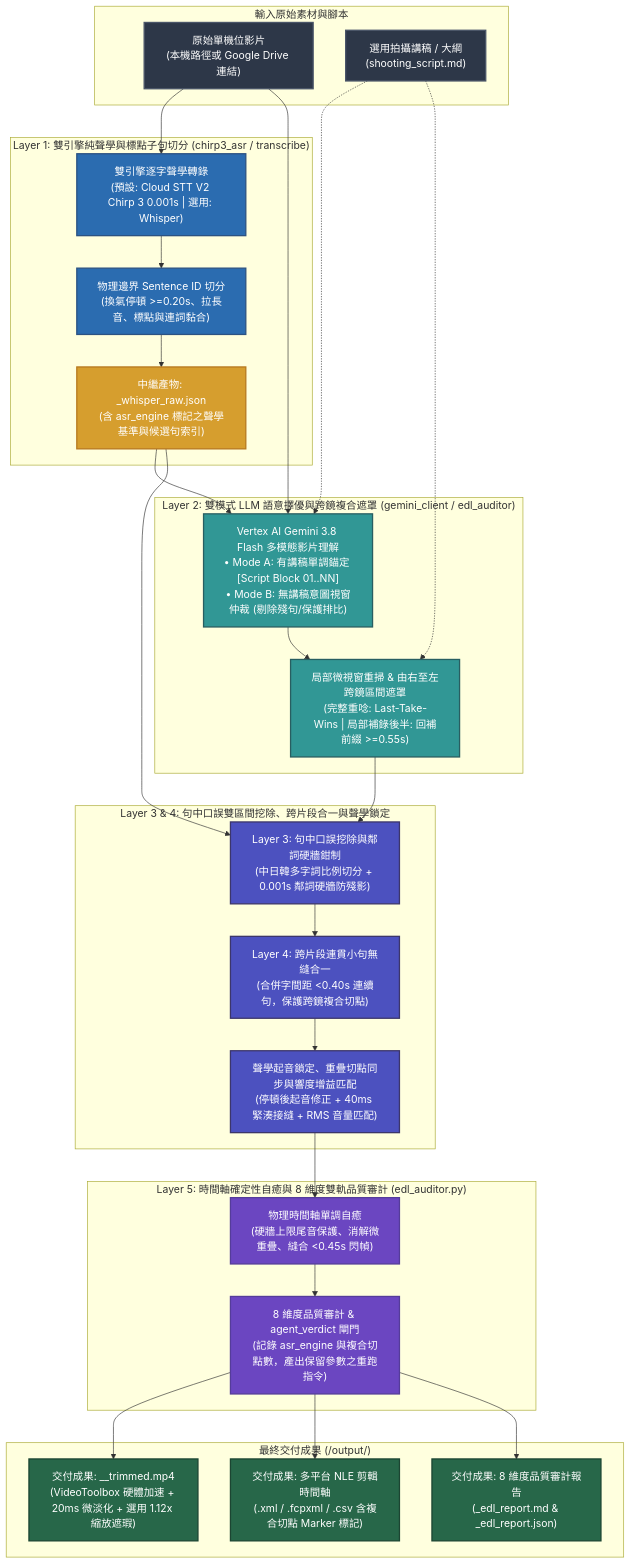
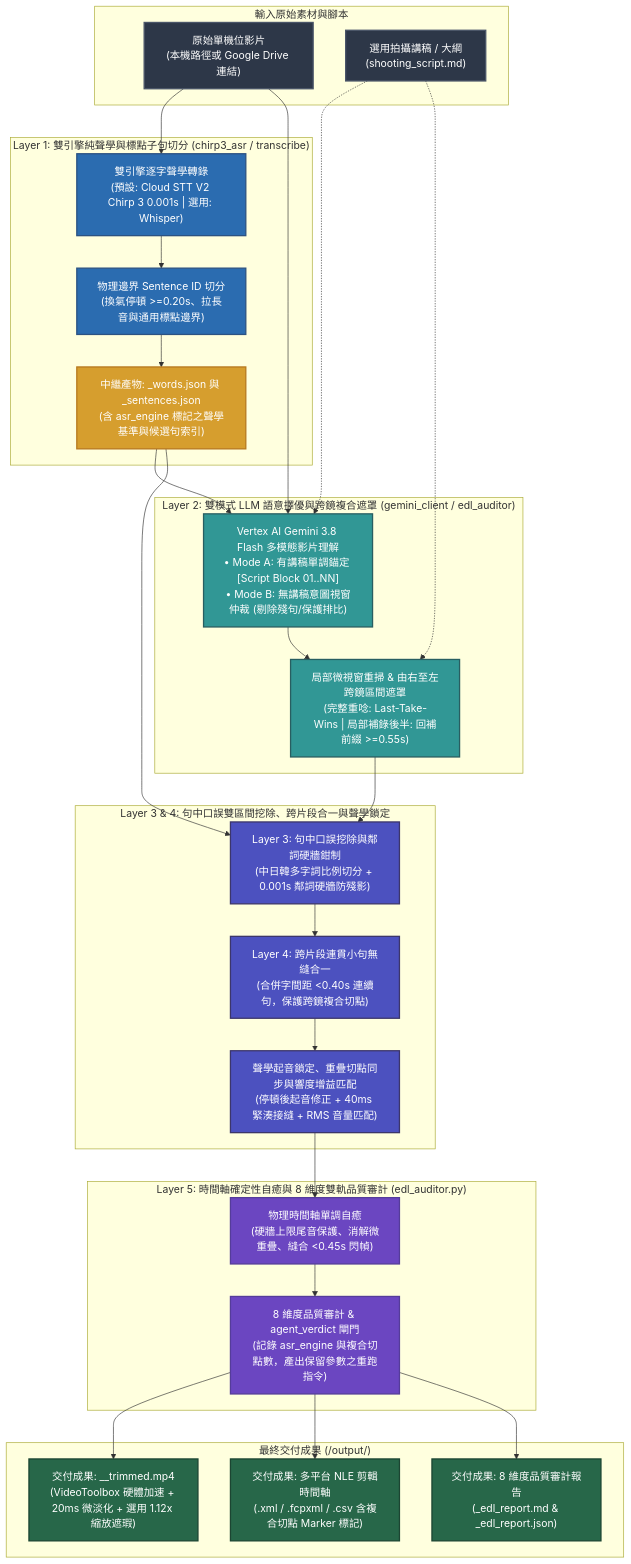
Before and after one commit to sylphlin/video-trimmer: the diagram in README.zh-TW.md, drawn with Mermaid. The commit also changed other lines of this file and 17 other files, not shown here.

First line of the commit message:
feat: enforce first-pass EDL convergence, physical clause splitting, and engine-neutral ASR naming

````diff
--- a/README.zh-TW.md
+++ b/README.zh-TW.md
@@ -20,59 +20,59 @@
 ```mermaid
 flowchart TD
     classDef inputStyle fill:#2D3748,stroke:#4A5568,stroke-width:2px,color:#fff;
     classDef stage1Style fill:#2B6CB0,stroke:#2C5282,stroke-width:2px,color:#fff;
     classDef stage2Style fill:#319795,stroke:#285E61,stroke-width:2px,color:#fff;
     classDef stage3Style fill:#4C51BF,stroke:#3C366B,stroke-width:2px,color:#fff;
     classDef stage4Style fill:#6B46C1,stroke:#553C9A,stroke-width:2px,color:#fff;
     classDef artifactStyle fill:#D69E2E,stroke:#B7791F,stroke-width:2px,color:#fff;
     classDef outputStyle fill:#276749,stroke:#1C4532,stroke-width:2px,color:#fff;
 
     subgraph Inputs["輸入原始素材與腳本"]
         IN["原始單機位影片<br/>(本機路徑或 Google Drive 連結)"]:::inputStyle
         SC["選用拍攝講稿 / 大綱<br/>(shooting_script.md)"]:::inputStyle
     end
 
     subgraph L1["Layer 1: 雙引擎純聲學與標點子句切分 (chirp3_asr / transcribe)"]
         W_ASR["雙引擎逐字聲學轉錄<br/>(預設: Cloud STT V2 Chirp 3 0.001s | 選用: Whisper)"]:::stage1Style
-        S_SEG["物理邊界 Sentence ID 切分<br/>(換氣停頓 >=0.20s、拉長音、標點與連詞黏合)"]:::stage1Style
-        W_JSON["中繼產物: <basename>_whisper_raw.json<br/>(含 asr_engine 標記之聲學基準與候選句索引)"]:::artifactStyle
+        S_SEG["物理邊界 Sentence ID 切分<br/>(換氣停頓 >=0.20s、拉長音與通用標點邊界)"]:::stage1Style
+        W_JSON["中繼產物: <basename>_words.json 與 _sentences.json<br/>(含 asr_engine 標記之聲學基準與候選句索引)"]:::artifactStyle
         W_ASR --> S_SEG --> W_JSON
     end
 
     subgraph L2["Layer 2: 雙模式 LLM 語意擇優與跨鏡複合遮罩 (gemini_client / edl_auditor)"]
         MODE["Vertex AI Gemini 3.8 Flash 多模態影片理解<br/>• Mode A: 有講稿單調錨定 [Script Block 01..NN]<br/>• Mode B: 無講稿意圖視窗仲裁 (剔除殘句/保護排比)"]:::stage2Style
         REPAIR["局部微視窗重掃 & 由右至左跨鏡區間遮罩<br/>(完整重唸: Last-Take-Wins | 局部補錄後半: 回補前綴 >=0.55s)"]:::stage2Style
         MODE --> REPAIR
     end
 
     subgraph L3_L4["Layer 3 & 4: 句中口誤雙區間挖除、跨片段合一與聲學鎖定"]
         L3["Layer 3: 句中口誤挖除與鄰詞硬牆鉗制<br/>(中日韓多字詞比例切分 + 0.001s 鄰詞硬牆防殘影)"]:::stage3Style
         L4["Layer 4: 跨片段連貫小句無縫合一<br/>(合併字間距 <0.40s 連續句，保護跨鏡複合切點)"]:::stage3Style
         AC["聲學起音鎖定、重疊切點同步與響度增益匹配<br/>(停頓後起音修正 + 40ms 緊湊接縫 + RMS 音量匹配)"]:::stage3Style
         L3 --> L4 --> AC
     end
 
     subgraph L5["Layer 5: 時間軸確定性自癒與 8 維度雙軌品質審計 (edl_auditor.py)"]
         SAN["物理時間軸單調自癒<br/>(硬牆上限尾音保護、消解微重疊、縫合 <0.45s 閃幀)"]:::stage4Style
         AUD["8 維度品質審計 & agent_verdict 閘門<br/>(記錄 asr_engine 與複合切點數，產出保留參數之重跑指令)"]:::stage4Style
         SAN --> AUD
     end
 
     subgraph Deliverables["最終交付成果 (<input_dir>/output/)"]
         OUT_MP4["交付成果: <basename>_<tag>_trimmed.mp4<br/>(VideoToolbox 硬體加速 + 20ms 微淡化 + 選用 1.12x 縮放遮瑕)"]:::outputStyle
         OUT_NLE["交付成果: 多平台 NLE 剪輯時間軸<br/>(.xml / .fcpxml / .csv 含複合切點 Marker 標記)"]:::outputStyle
         OUT_REP["交付成果: 8 維度品質審計報告<br/>(_edl_report.md & _edl_report.json)"]:::outputStyle
     end
 
     IN --> W_ASR
     IN --> MODE
     SC -.-> MODE
     W_JSON --> MODE
     SC -.-> REPAIR
     REPAIR --> L3
     W_JSON --> L3
     AC --> SAN
     AUD --> OUT_MP4
     AUD --> OUT_NLE
     AUD --> OUT_REP
 ```
````
